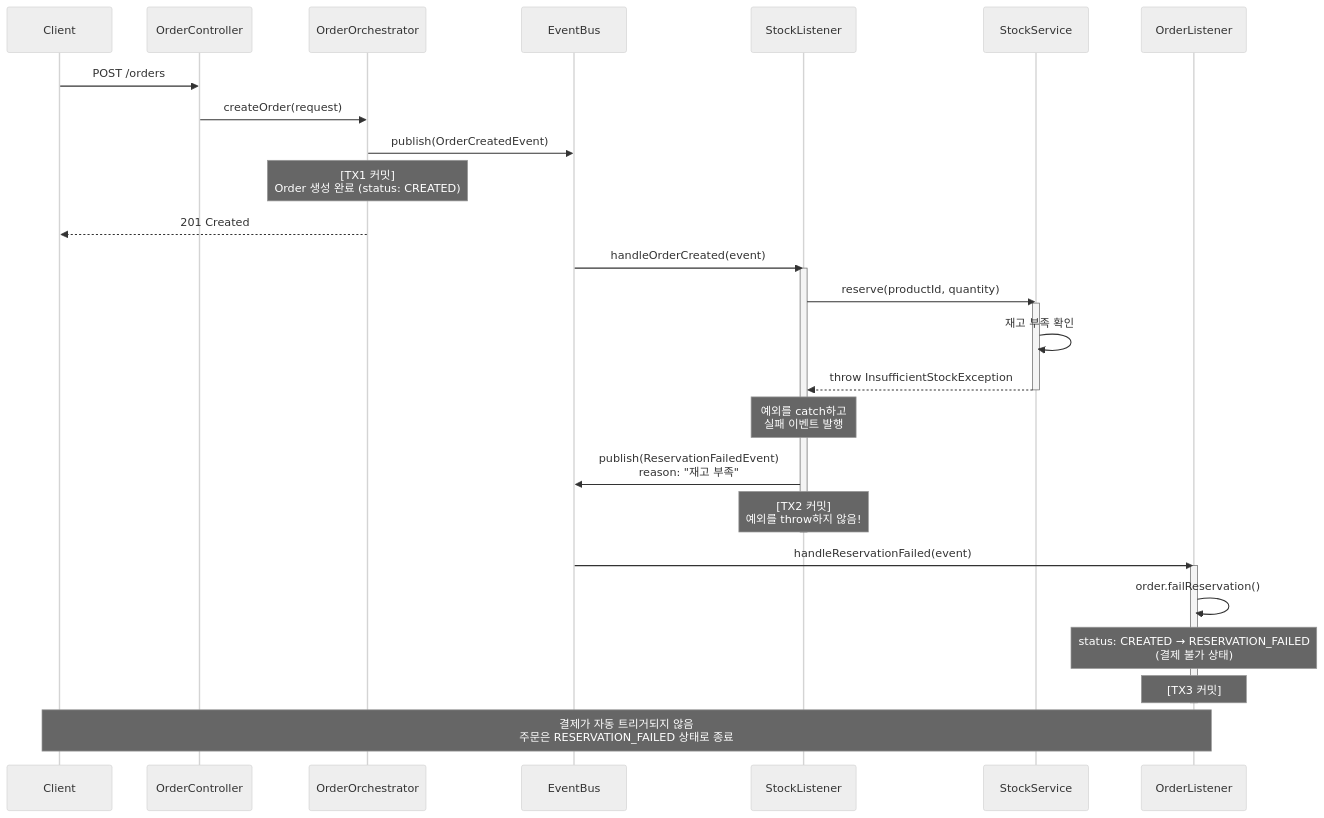
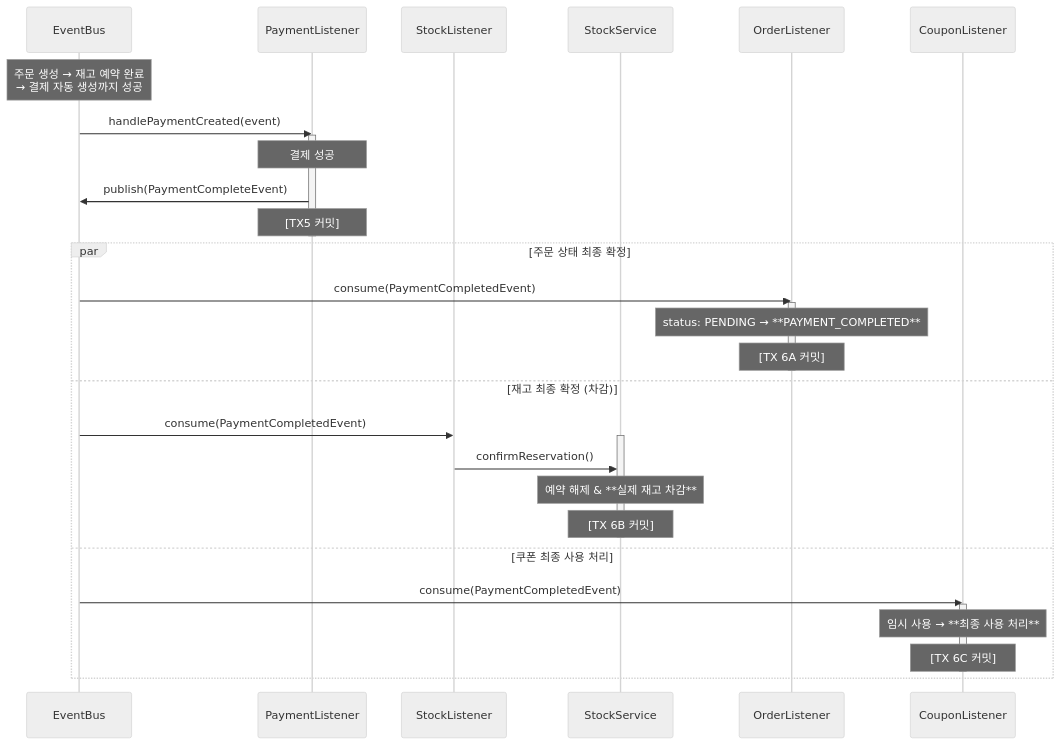
One commit to crocusia/e-commerce_hanghae99 changed the second of 3 diagrams in docs/STEP16_REPORT.md. Above: the diagram before and after it, drawn with Mermaid (neutral theme). The commit also changed other lines of this file, not shown here.

Commit message:
[Feat] 시퀀스 다이어그램 추가

````diff
--- a/docs/STEP16_REPORT.md
+++ b/docs/STEP16_REPORT.md
@@ -198,38 +134,40 @@
 ```mermaid
- sequenceDiagram
-      participant Client
-      participant OrderController
-      participant OrderOrchestrator
+sequenceDiagram
       participant EventBus
+      participant PaymentListener
       participant StockListener
       participant StockService
       participant OrderListener
+      participant CouponListener
 
-      Client->>OrderController: POST /orders
-      OrderController->>OrderOrchestrator: createOrder(request)
-      OrderOrchestrator->>EventBus: publish(OrderCreatedEvent)
-      Note over OrderOrchestrator: [TX1 커밋]<br/>Order 생성 완료 (status: CREATED)
-      OrderOrchestrator-->>Client: 201 Created
+      Note over EventBus: 주문 생성 → 재고 예약 완료<br/>→ 결제 자동 생성까지 성공
 
-      EventBus->>StockListener: handleOrderCreated(event)
-      activate StockListener
-      StockListener->>StockService: reserve(productId, quantity)
-      activate StockService
-      StockService->>StockService: 재고 부족 확인
-      StockService-->>StockListener: throw InsufficientStockException
-      deactivate StockService
+      EventBus->>PaymentListener: handlePaymentCreated(event)
+      activate PaymentListener
+      Note over PaymentListener: 결제 성공
+      PaymentListener->>EventBus: publish(PaymentCompleteEvent)
+      Note over PaymentListener: [TX5 커밋]
+      deactivate PaymentListener
 
-      Note over StockListener: 예외를 catch하고<br/>실패 이벤트 발행
-      StockListener->>EventBus: publish(ReservationFailedEvent)<br/>reason: "재고 부족"
-      Note over StockListener: [TX2 커밋]<br/>예외를 throw하지 않음!
-      deactivate StockListener
+    par 주문 상태 최종 확정
+        EventBus->>OrderListener: consume(PaymentCompletedEvent)
+        activate OrderListener
+        Note over OrderListener: status: PENDING → **PAYMENT_COMPLETED**
+        Note over OrderListener: [TX 6A 커밋]
+        deactivate OrderListener
+    and 재고 최종 확정 (차감)
+        EventBus->>StockListener: consume(PaymentCompletedEvent)
+        activate StockService
+        StockListener->>StockService: confirmReservation()
+        Note over StockService: 예약 해제 & **실제 재고 차감**
+        Note over StockService: [TX 6B 커밋]
+        deactivate StockService
+    and 쿠폰 최종 사용 처리
+        EventBus->>CouponListener: consume(PaymentCompletedEvent)
+        activate CouponListener
+        Note over CouponListener: 임시 사용 → **최종 사용 처리**
+        Note over CouponListener: [TX 6C 커밋]
+        deactivate CouponListener
+    end
 
-      EventBus->>OrderListener: handleReservationFailed(event)
-      activate OrderListener
-      OrderListener->>OrderListener: order.failReservation()
-      Note over OrderListener: status: CREATED → RESERVATION_FAILED<br/>(결제 불가 상태)
-      Note over OrderListener: [TX3 커밋]
-      deactivate OrderListener
-
-      Note over Client,OrderListener: 결제가 자동 트리거되지 않음<br/>주문은 RESERVATION_FAILED 상태로 종료
 ```
````
